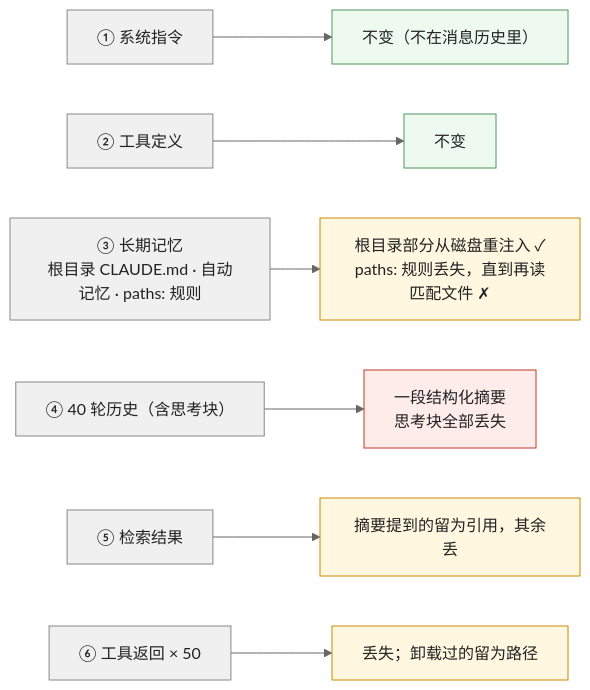
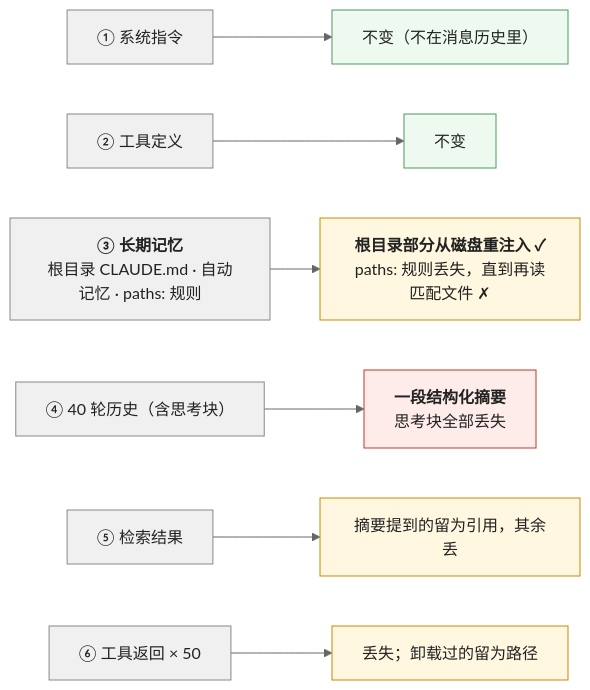
The fifth of 6 diagrams in _posts/2026-10-09-context-budgeting-offloading-and-compaction.md (arganzheng/arganzheng.github.com), drawn with Mermaid (neutral theme) before and after one commit. The commit also changed other lines of this file and 6 other files, not shown here.

First line of the commit message:
Prompt 与上下文工程：模型这一步该看到什么：Mermaid 多行方框的首行标为标题（7 篇）

````diff
--- a/_posts/2026-10-09-context-budgeting-offloading-and-compaction.md
+++ b/_posts/2026-10-09-context-budgeting-offloading-and-compaction.md
@@ -206,18 +206,18 @@
 ```mermaid
 %% 图：压缩前后七层的命运（Claude Code）——①② 不在消息历史里所以不变；③ 的真身在磁盘上，根目录 CLAUDE.md 与自动记忆重注入，按需加载的路径规则丢失；④ 被摘要替代；⑤⑥ 丢失，卸载过的只剩路径；这张表是压缩设计的验收标准
 flowchart LR
     B1["① 系统指令"] --> A1["不变（不在消息历史里）"]
     B2["② 工具定义"] --> A2["不变"]
-    B3["③ 长期记忆<br/>根目录 CLAUDE.md · 自动记忆 · paths: 规则"] --> A3["根目录部分从磁盘重注入 ✓<br/>paths: 规则丢失，直到再读匹配文件 ✗"]
-    B4["④ 40 轮历史（含思考块）"] --> A4["一段结构化摘要<br/>思考块全部丢失"]
+    B3["<b>③ 长期记忆</b><br/>根目录 CLAUDE.md · 自动记忆 · paths: 规则"] --> A3["<b>根目录部分从磁盘重注入 ✓</b><br/>paths: 规则丢失，直到再读匹配文件 ✗"]
+    B4["④ 40 轮历史（含思考块）"] --> A4["<b>一段结构化摘要</b><br/>思考块全部丢失"]
     B5["⑤ 检索结果"] --> A5["摘要提到的留为引用，其余丢"]
     B6["⑥ 工具返回 × 50"] --> A6["丢失；卸载过的留为路径"]
     classDef keep fill:#eefaf0,stroke:#4d9a5c,color:#222
     classDef part fill:#fff7e0,stroke:#c98a00,color:#222
     classDef lost fill:#fdecea,stroke:#c0392b,color:#222
     classDef n fill:#f0f0f0,stroke:#888,color:#222
     class B1,B2,B3,B4,B5,B6 n
     class A1,A2 keep
     class A3,A5,A6 part
     class A4 lost
 ```
````
